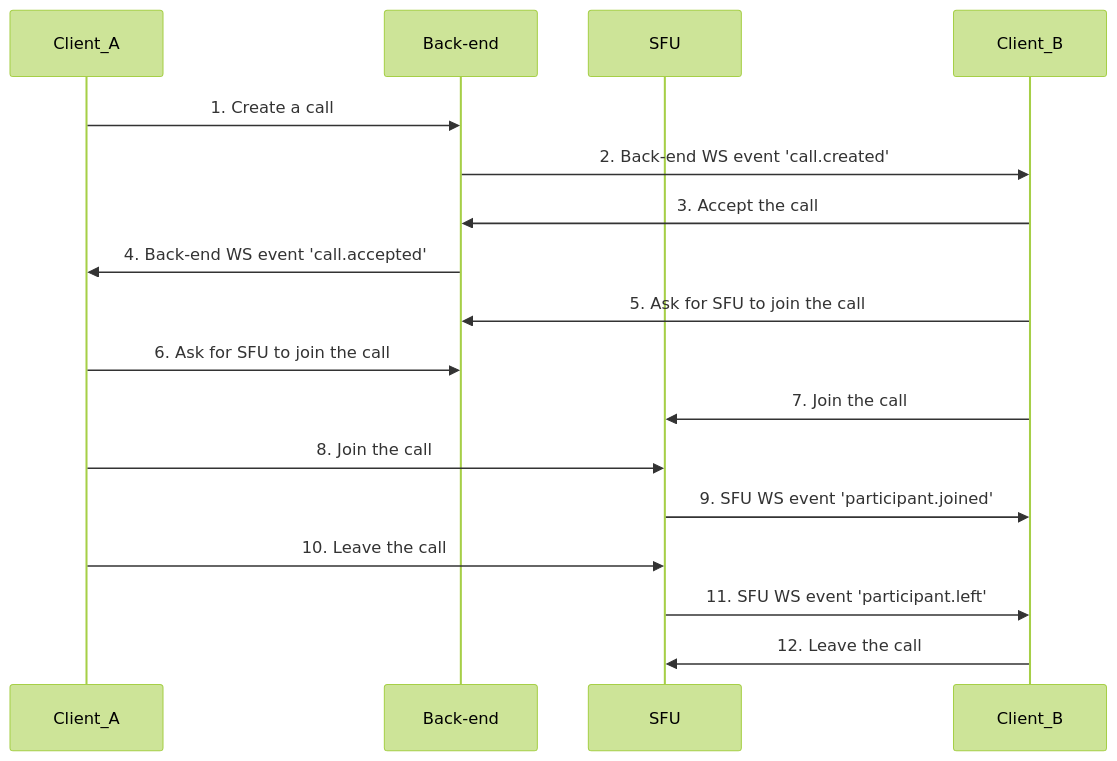
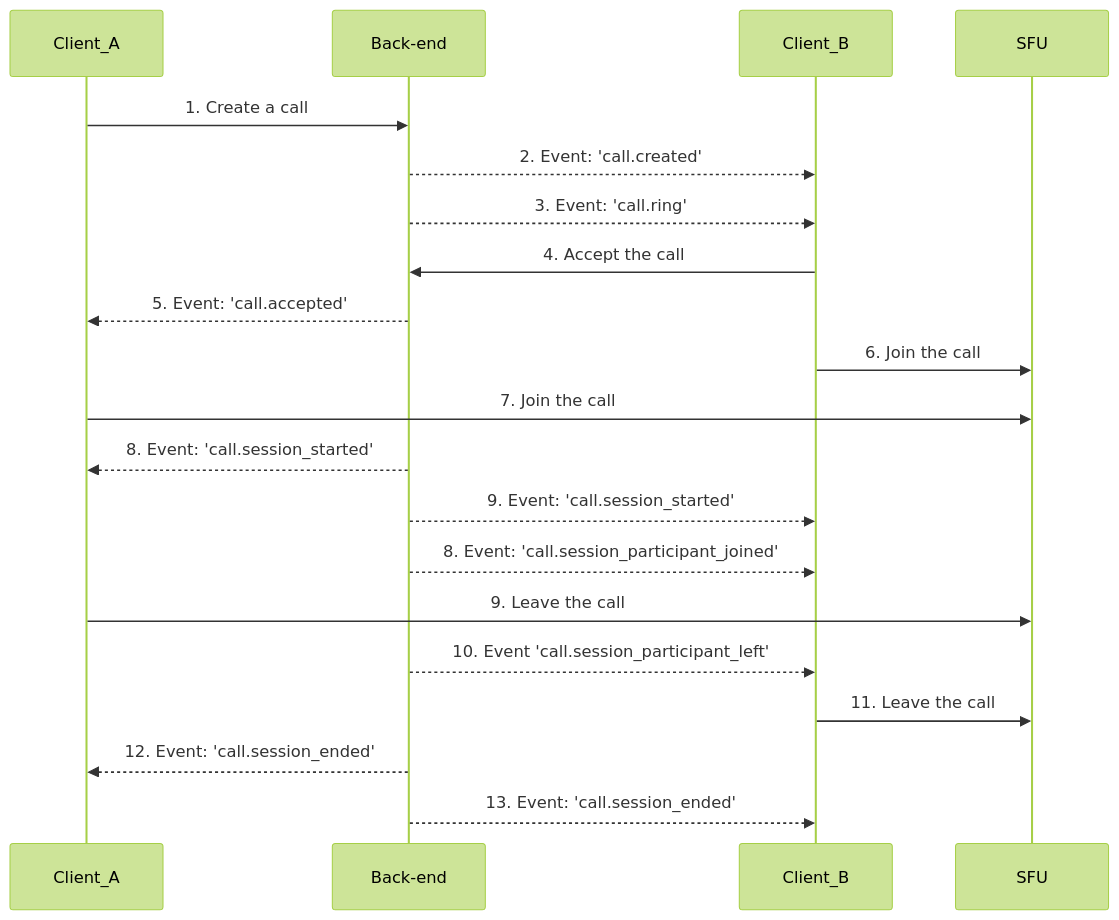
The first of 3 diagrams in packages/react-sdk/docusaurus/docs/React/02-guides/02-call-lifecycle.mdx (GetStream/stream-video-js), drawn with Mermaid (forest theme) before and after one commit. The commit also changed other lines of this file and 4 other files, not shown here.

Commit message:
docs: update call lifecycle and ring call docs

````diff
--- a/packages/react-sdk/docusaurus/docs/React/02-guides/02-call-lifecycle.mdx
+++ b/packages/react-sdk/docusaurus/docs/React/02-guides/02-call-lifecycle.mdx
@@ -105,19 +142,22 @@
 ```mermaid
 sequenceDiagram
     participant Client_A
     participant Back-end
+    participant Client_B
     participant SFU
-    participant Client_B
     Client_A->>Back-end: 1. Create a call
-    Back-end->>Client_B: 2. Back-end WS event 'call.created'
-    Client_B->>Back-end: 3. Accept the call
-    Back-end->>Client_A: 4. Back-end WS event 'call.accepted'
-    Client_B->>Back-end: 5. Ask for SFU to join the call
-    Client_A->>Back-end: 6. Ask for SFU to join the call
-    Client_B->>SFU: 7.  Join the call
-    Client_A->>SFU: 8. Join the call
-    SFU->>Client_B: 9. SFU WS event 'participant.joined'
-    Client_A->>SFU: 10. Leave the call
-    SFU->>Client_B: 11. SFU WS event 'participant.left'
-    Client_B->>SFU: 12. Leave the call
+    Back-end-->>Client_B: 2. Event: 'call.created'
+    Back-end-->>Client_B: 3. Event: 'call.ring'
+    Client_B->>Back-end: 4. Accept the call
+    Back-end-->>Client_A: 5. Event: 'call.accepted'
+    Client_B->>SFU: 6.  Join the call
+    Client_A->>SFU: 7. Join the call
+    Back-end-->>Client_A: 8. Event: 'call.session_started'
+    Back-end-->>Client_B: 9. Event: 'call.session_started'
+    Back-end-->>Client_B: 8. Event: 'call.session_participant_joined'
+    Client_A->>SFU: 9. Leave the call
+    Back-end-->>Client_B: 10. Event 'call.session_participant_left'
+    Client_B->>SFU: 11. Leave the call
+    Back-end-->>Client_A: 12. Event: 'call.session_ended'
+    Back-end-->>Client_B: 13. Event: 'call.session_ended'
 ```
````
